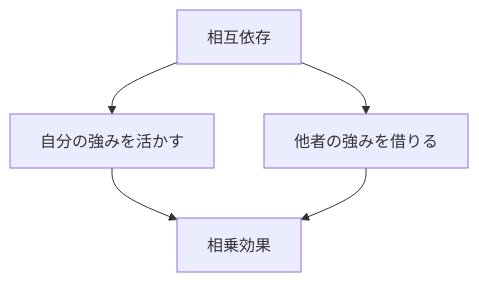
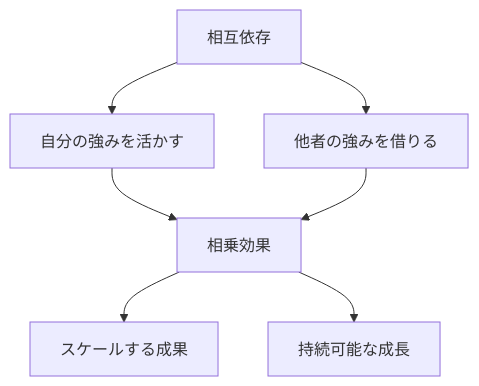
The fourth of 4 diagrams in content/blog/301-dependence-independence-interdependence.md (tndg16-bot/portfolio-site), drawn with Mermaid before and after one commit. The commit also changed other lines of this file and 4 other files, not shown here.

````diff
--- a/content/blog/301-dependence-independence-interdependence.md
+++ b/content/blog/301-dependence-independence-interdependence.md
@@ -60,7 +81,9 @@
 ```mermaid
 graph TD
     A[相互依存] --> B[自分の強みを活かす]
     A --> C[他者の強みを借りる]
     B --> D[相乗効果]
     C --> D
+    D --> E[スケールする成果]
+    D --> F[持続可能な成長]
 ```
````
